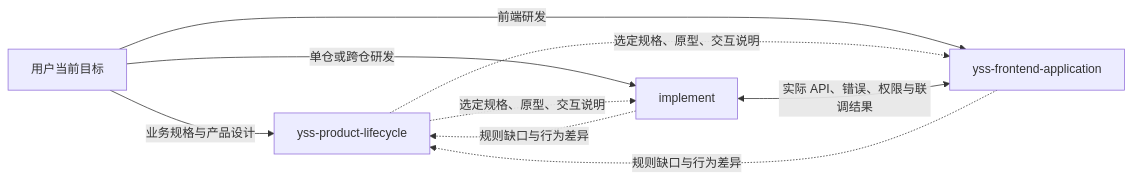
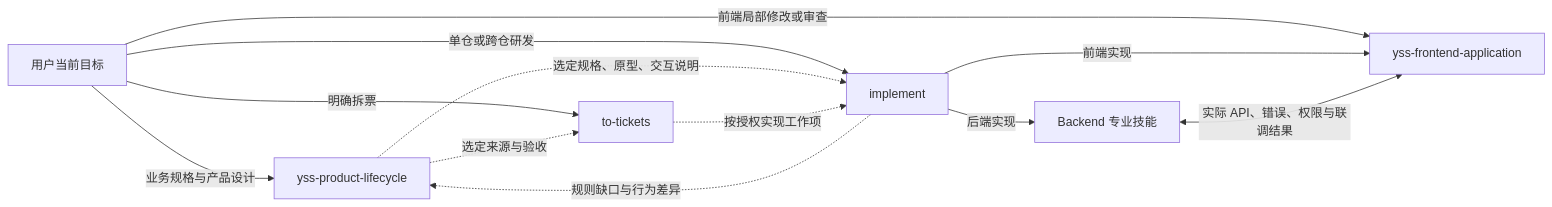
Before and after one commit to iloveZzz/yss-spec-project-template: the diagram in .template-spec/agents/profile-skills.md, drawn with Mermaid. The commit also changed other lines of this file and 110 other files, not shown here.

````diff
--- a/.template-spec/agents/profile-skills.md
+++ b/.template-spec/agents/profile-skills.md
@@ -113,11 +117,14 @@
 ```mermaid
 flowchart LR
   U[用户当前目标] -->|业务规格与产品设计| S[yss-product-lifecycle]
-  U -->|单仓或跨仓研发| B[implement]
-  U -->|前端研发| F[yss-frontend-application]
-  S -.选定规格、原型、交互说明.-> B
-  S -.选定规格、原型、交互说明.-> F
+  U -->|单仓或跨仓研发| I[implement]
+  U -->|前端局部修改或审查| F[yss-frontend-application]
+  U -->|明确拆票| T[to-tickets]
+  S -.选定规格、原型、交互说明.-> I
+  S -.选定来源与验收.-> T
+  T -.按授权实现工作项.-> I
+  I -->|前端实现| F
+  I -->|后端实现| B[Backend 专业技能]
   B <-->|实际 API、错误、权限与联调结果| F
-  B -.规则缺口与行为差异.-> S
-  F -.规则缺口与行为差异.-> S
+  I -.规则缺口与行为差异.-> S
 ```
````
